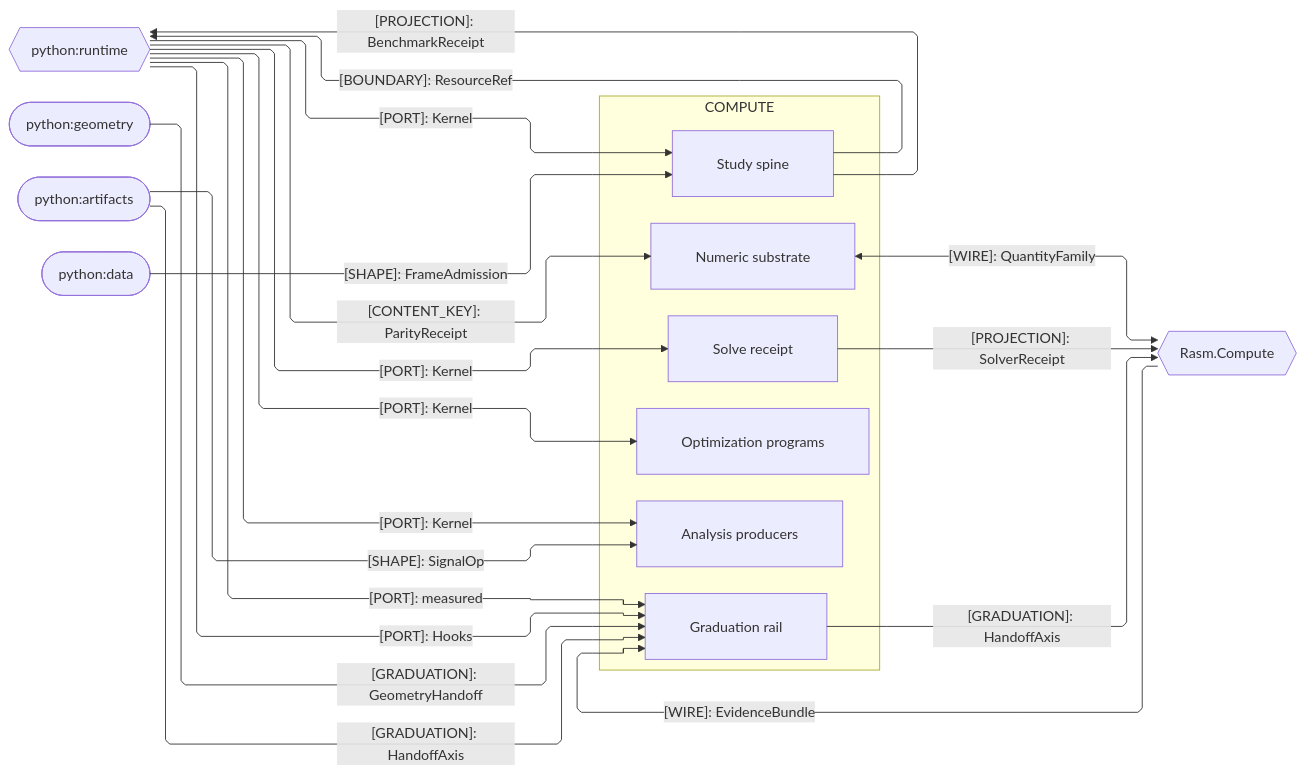
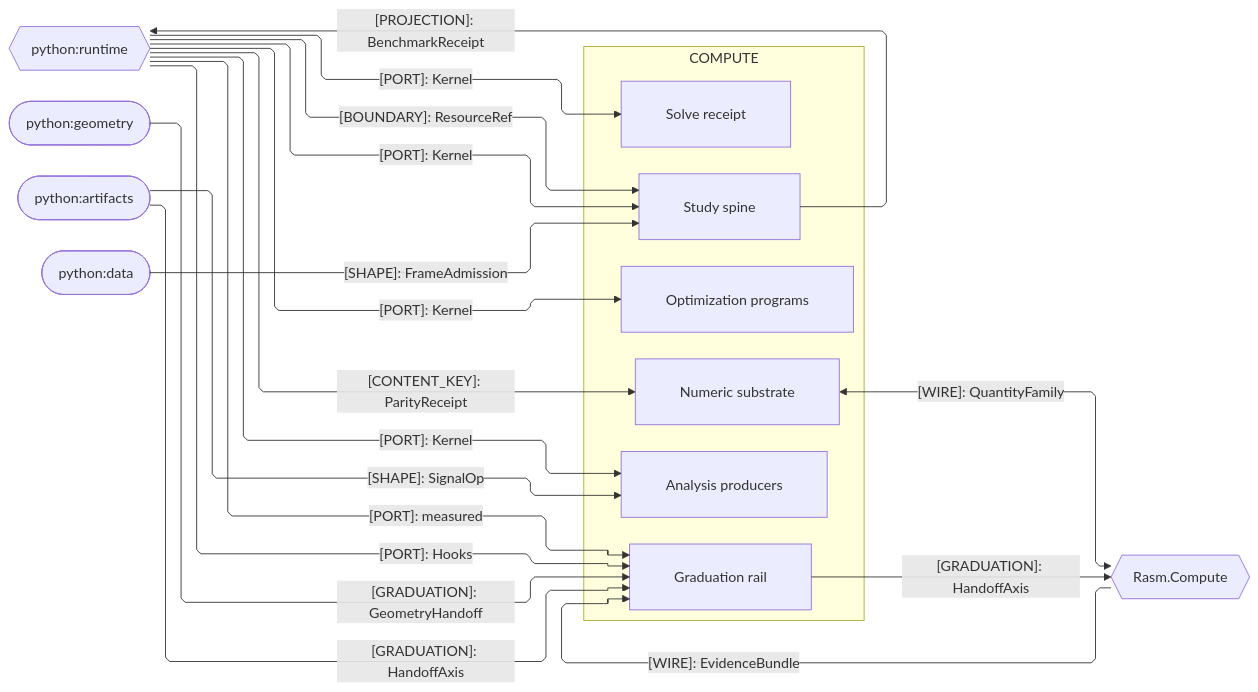
The second of 3 diagrams in libs/python/compute/ARCHITECTURE.md (bsamiee/Rasm), drawn with Mermaid before and after one commit. The commit also changed other lines of this file and 486 other files, not shown here.

````diff
--- a/libs/python/compute/ARCHITECTURE.md
+++ b/libs/python/compute/ARCHITECTURE.md
@@ -97,42 +97,41 @@
 ```mermaid
 ---
 config:
   layout: elk
   flowchart:
     curve: linear
     padding: 25
 ---
 flowchart LR
     accTitle: Compute package seam registry
     accDescr: Compute sub-domain owners exchanging graduation evidence, quantities, content keys, and the Kernel port with peers.
     subgraph compute[COMPUTE]
         Graduation[Graduation rail]
         Solvers[Solve receipt]
         Numerics[Numeric substrate]
         Experiments[Study spine]
         Analysis[Analysis producers]
         Optimization[Optimization programs]
     end
     Compute{{Rasm.Compute}}
     Runtime{{python:runtime}}
     Geometry([python:geometry])
     Artifacts([python:artifacts])
     Data([python:data])
     Graduation e1@-->|"[GRADUATION]: HandoffAxis"| Compute
     Compute e2@-->|"[WIRE]: EvidenceBundle"| Graduation
-    Solvers e3@-->|"[PROJECTION]: SolverReceipt"| Compute
     Numerics e4@<-->|"[WIRE]: QuantityFamily"| Compute
     Geometry e5@-->|"[GRADUATION]: GeometryHandoff"| Graduation
     Artifacts e6@-->|"[GRADUATION]: HandoffAxis"| Graduation
     Artifacts e7@-->|"[SHAPE]: SignalOp"| Analysis
     Runtime e8@-->|"[CONTENT_KEY]: ParityReceipt"| Numerics
-    Experiments e9@-->|"[BOUNDARY]: ResourceRef"| Runtime
+    Runtime e9@-->|"[BOUNDARY]: ResourceRef"| Experiments
     Data e10@-->|"[SHAPE]: FrameAdmission"| Experiments
     Experiments e17@-->|"[PROJECTION]: BenchmarkReceipt"| Runtime
     Runtime e11@-->|"[PORT]: Kernel"| Solvers
     Runtime e12@-->|"[PORT]: measured"| Graduation
     Runtime e16@-->|"[PORT]: Hooks"| Graduation
     Runtime e13@-->|"[PORT]: Kernel"| Experiments
     Runtime e14@-->|"[PORT]: Kernel"| Analysis
     Runtime e15@-->|"[PORT]: Kernel"| Optimization
 ```
````
